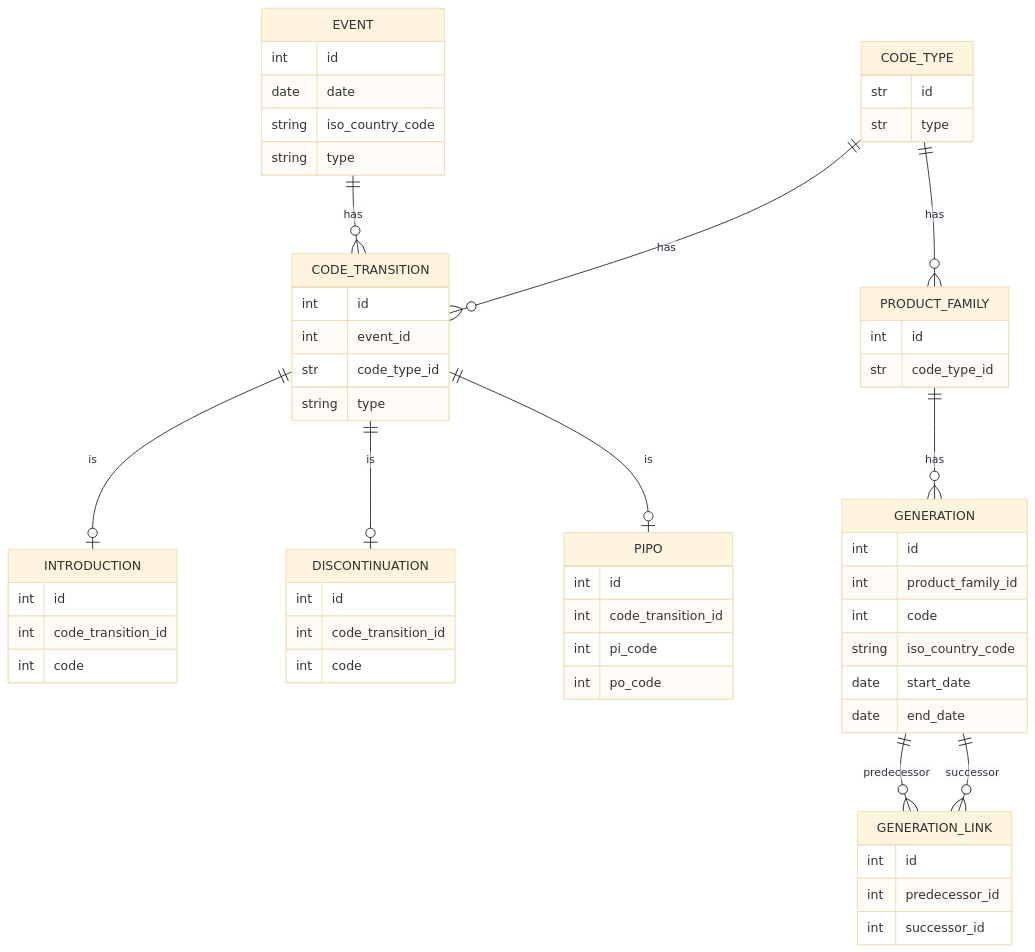
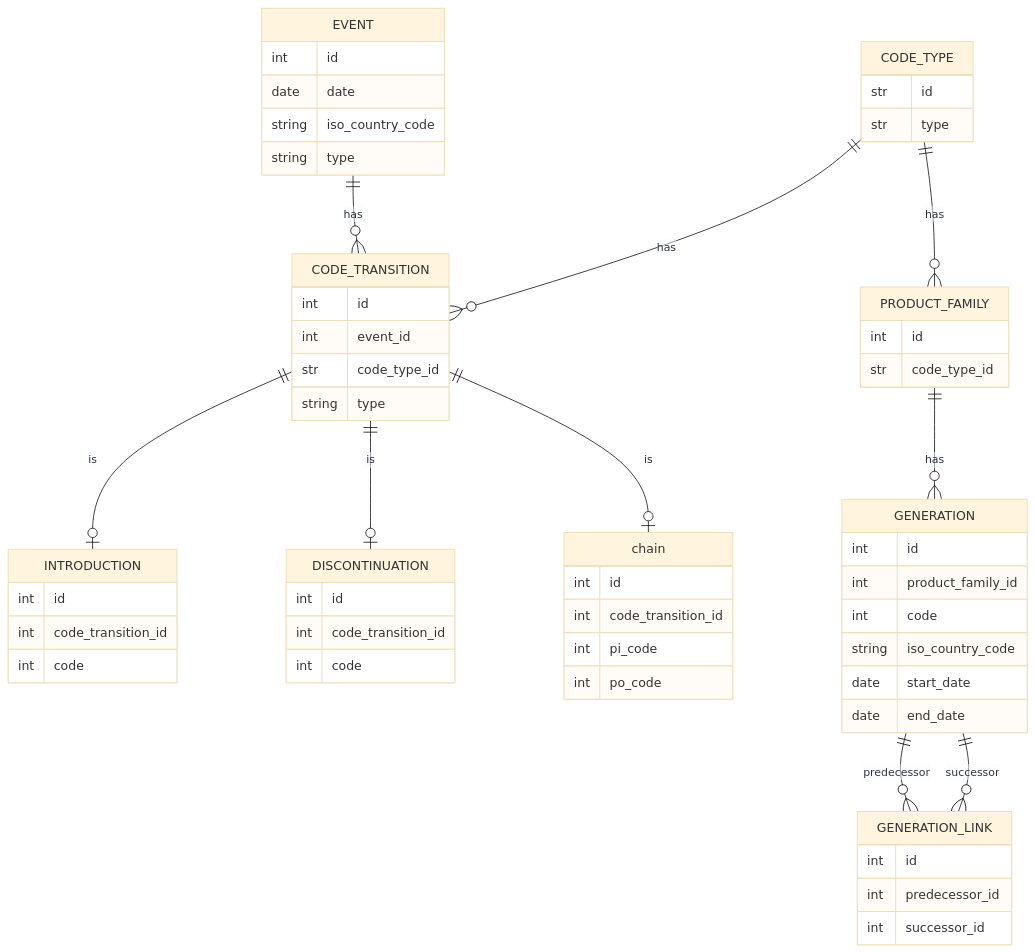
Before and after one commit to durczokj/chains: the diagram in notebooks/model.md, drawn with Mermaid (base theme). The commit also changed 128 other files, not shown here.

````diff
--- a/notebooks/model.md
+++ b/notebooks/model.md
@@ -1,69 +1,69 @@
 ```mermaid
 erDiagram
     EVENT {
         int id
         date date
         string iso_country_code
         string type
     }
 
     CODE_TRANSITION {
         int id
         int event_id
         str code_type_id
         string type
     }
 
     INTRODUCTION {
         int id
         int code_transition_id
         int code
     }
     DISCONTINUATION {
         int id
         int code_transition_id
         int code
     }
-    PIPO {
+    chain {
         int id
         int code_transition_id
         int pi_code
         int po_code
     }
 
     PRODUCT_FAMILY {
         int id
         str code_type_id
     }
 
     GENERATION {
         int id
         int product_family_id
         int code
         string iso_country_code
         date start_date
         date end_date
     }
 
     GENERATION_LINK {
         int id
         int predecessor_id
         int successor_id
     }
 
     CODE_TYPE {
         str id
         str type
     }
 
     EVENT ||--o{ CODE_TRANSITION : "has"
     CODE_TYPE ||--o{ CODE_TRANSITION : "has"
     CODE_TRANSITION ||--o| INTRODUCTION : "is"
     CODE_TRANSITION ||--o| DISCONTINUATION : "is"
-    CODE_TRANSITION ||--o| PIPO : "is"
+    CODE_TRANSITION ||--o| chain : "is"
     CODE_TYPE ||--o{ PRODUCT_FAMILY : "has"
     PRODUCT_FAMILY ||--o{ GENERATION : "has"
     GENERATION ||--o{ GENERATION_LINK : "predecessor"
     GENERATION ||--o{ GENERATION_LINK : "successor"
 
 ```
````
